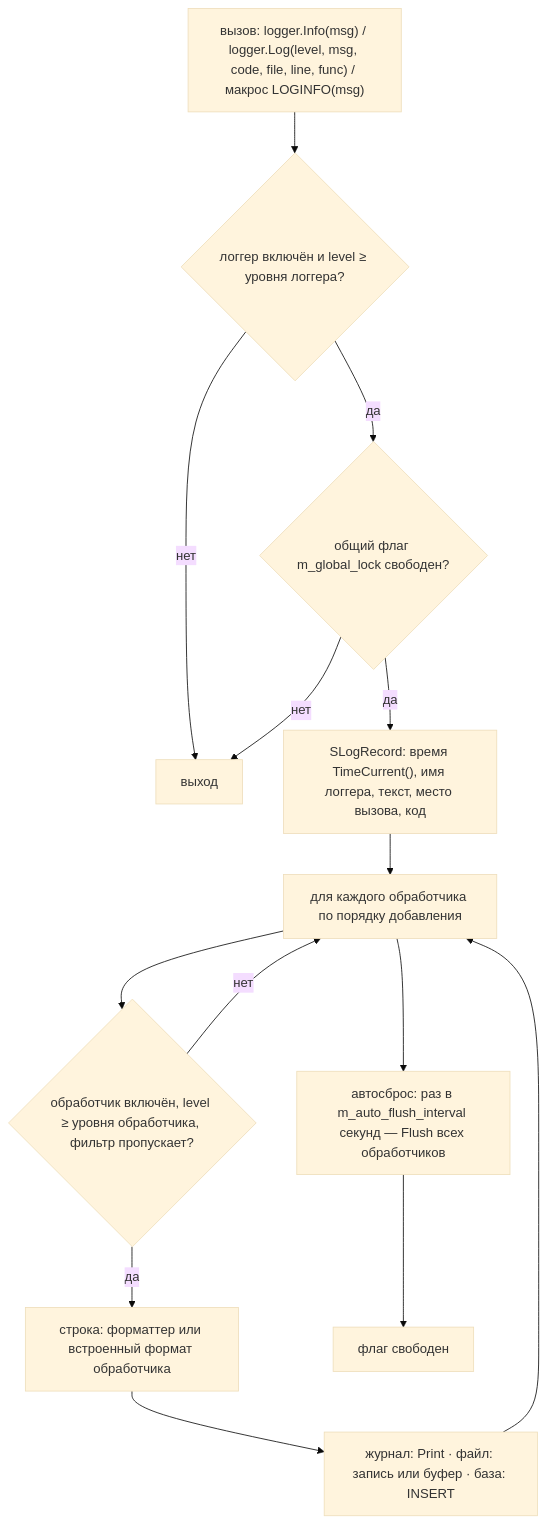
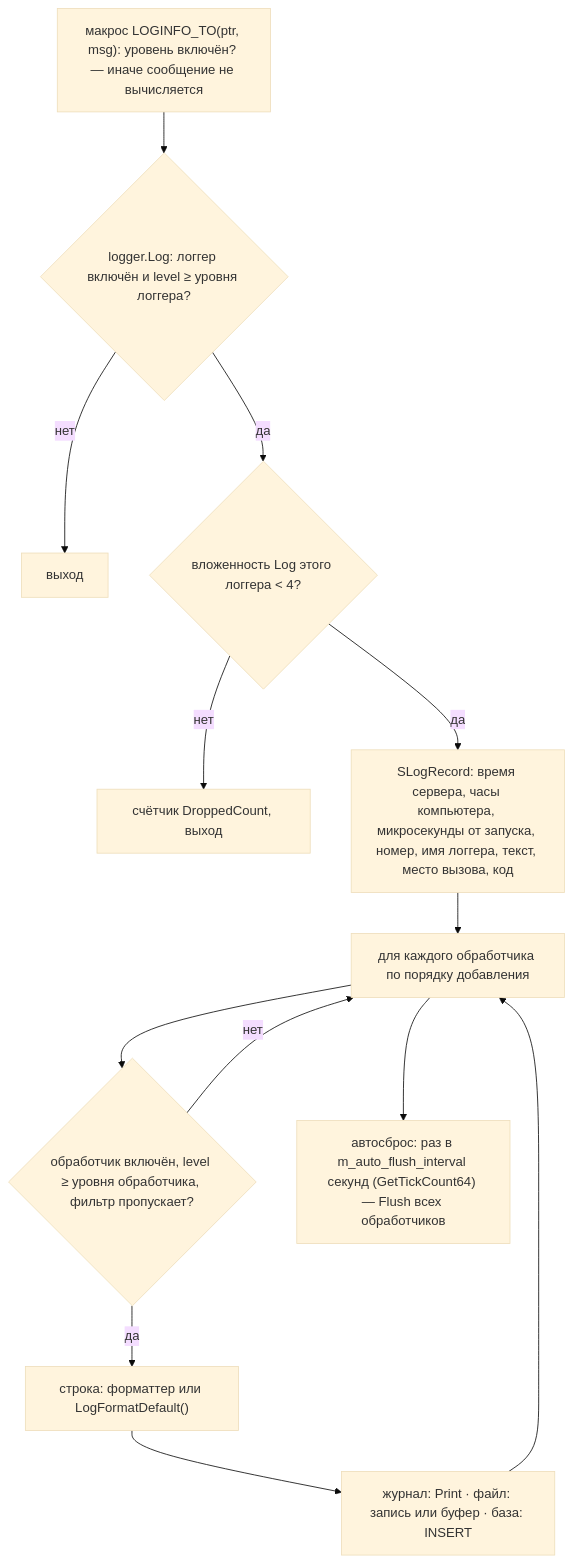
One commit to kogriv/mql_logger changed the second of 2 diagrams in docs/design/architecture.md. Above: the diagram before and after it, drawn with Mermaid (base theme). The commit also changed other lines of this file and 35 other files, not shown here.

````diff
--- a/docs/design/architecture.md
+++ b/docs/design/architecture.md
@@ -118,17 +128,16 @@
 ```mermaid
 flowchart TD
-    A["вызов: logger.Info(msg) / logger.Log(level, msg, code, file, line, func) / макрос LOGINFO(msg)"]
-    A --> B{"логгер включён и level ≥ уровня логгера?"}
+    A["макрос LOGINFO_TO(ptr, msg): уровень включён? — иначе сообщение не вычисляется"]
+    A --> B{"logger.Log: логгер включён и level ≥ уровня логгера?"}
     B -- нет --> X["выход"]
-    B -- да --> C{"общий флаг m_global_lock свободен?"}
-    C -- нет --> X
-    C -- да --> D["SLogRecord: время TimeCurrent(), имя логгера, текст, место вызова, код"]
+    B -- да --> C{"вложенность Log этого логгера < 4?"}
+    C -- нет --> Y["счётчик DroppedCount, выход"]
+    C -- да --> D["SLogRecord: время сервера, часы компьютера, микросекунды от запуска, номер, имя логгера, текст, место вызова, код"]
     D --> E["для каждого обработчика по порядку добавления"]
     E --> F{"обработчик включён, level ≥ уровня обработчика, фильтр пропускает?"}
     F -- нет --> E
-    F -- да --> G["строка: форматтер или встроенный формат обработчика"]
+    F -- да --> G["строка: форматтер или LogFormatDefault()"]
     G --> H["журнал: Print · файл: запись или буфер · база: INSERT"]
     H --> E
-    E --> I["автосброс: раз в m_auto_flush_interval секунд — Flush всех обработчиков"]
-    I --> J["флаг свободен"]
+    E --> I["автосброс: раз в m_auto_flush_interval секунд (GetTickCount64) — Flush всех обработчиков"]
 ```
````
